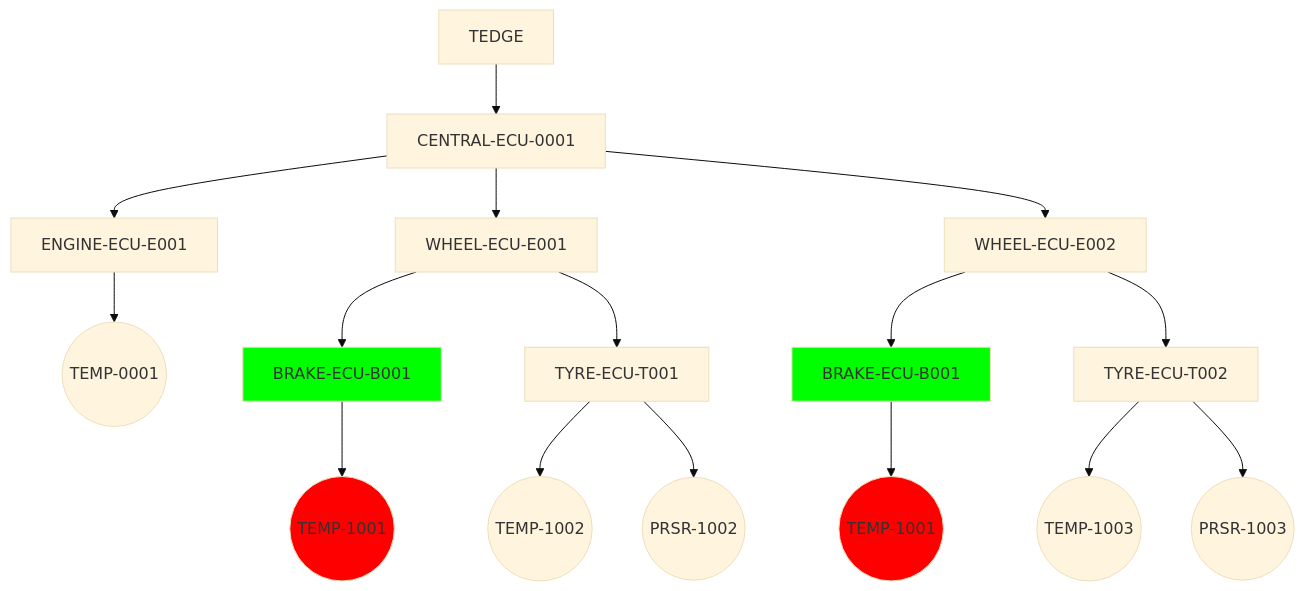
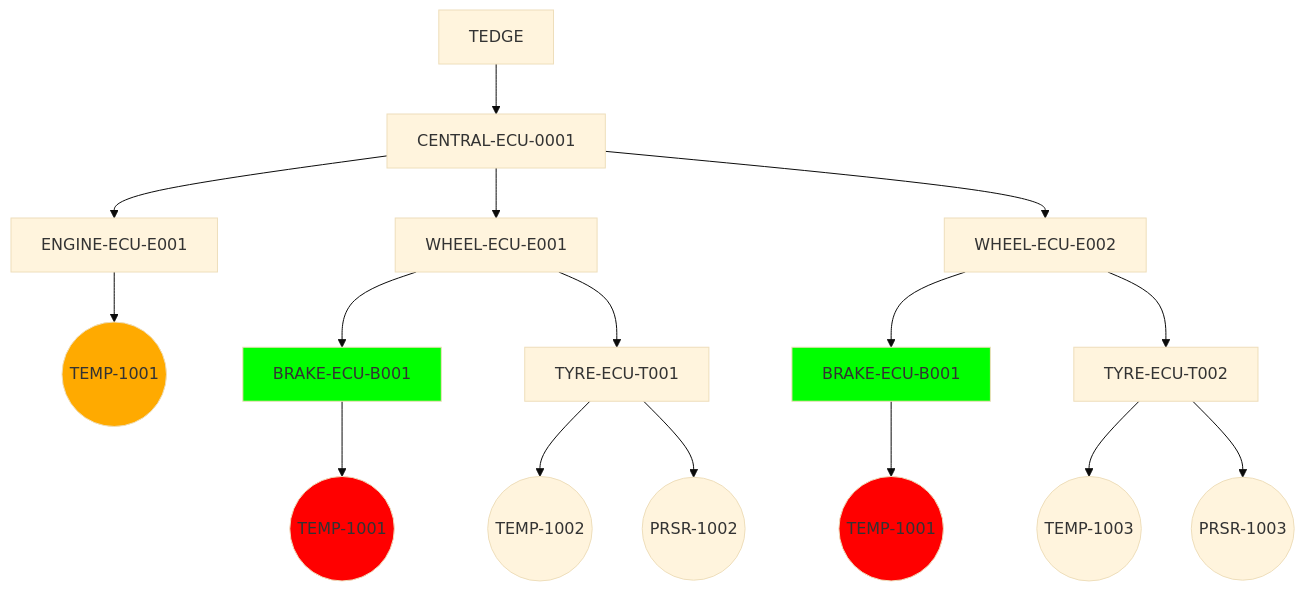
The diagram in docs/src/references/mqtt-topic-guidelines.md (reubenmiller/thin-edge.io), drawn with Mermaid (base theme) before and after one commit. The commit also changed other lines of this file, not shown here.

````diff
--- a/docs/src/references/mqtt-topic-guidelines.md
+++ b/docs/src/references/mqtt-topic-guidelines.md
@@ -75,27 +75,28 @@
 ```mermaid
 graph TD;
     TEDGE --> CENTRAL-ECU-0001;
     CENTRAL-ECU-0001 --> ENGINE-ECU-E001;
     CENTRAL-ECU-0001 --> WHEEL-ECU-E001;
     CENTRAL-ECU-0001 --> WHEEL-ECU-E002;
 
-    ENGINE-ECU-E001 --> TEMP-0001((TEMP-0001));
+    ENGINE-ECU-E001 --> TEMP-0001((TEMP-1001));
 
     WHEEL-ECU-E001 --> BRAKE-ECU-B001;
     WHEEL-ECU-E001 --> TYRE-ECU-T001;
     BRAKE-ECU-B001 --> TEMP-1001((TEMP-1001));
     TYRE-ECU-T001 --> TEMP-1002((TEMP-1002));
     TYRE-ECU-T001 --> PRSR-1002((PRSR-1002));
 
     WHEEL-ECU-E002 --> BRAKE-ECU-B001'[BRAKE-ECU-B001];
     WHEEL-ECU-E002 --> TYRE-ECU-T002;
     BRAKE-ECU-B001' --> TEMP-1001'((TEMP-1001));
     TYRE-ECU-T002 --> TEMP-1003((TEMP-1003));
     TYRE-ECU-T002 --> PRSR-1003((PRSR-1003));
 
     style BRAKE-ECU-B001 fill:#0f0
     style BRAKE-ECU-B001' fill:#0f0
 
+    style TEMP-0001 fill:#fa0
     style TEMP-1001 fill:#f00
     style TEMP-1001' fill:#f00
 ```
````
